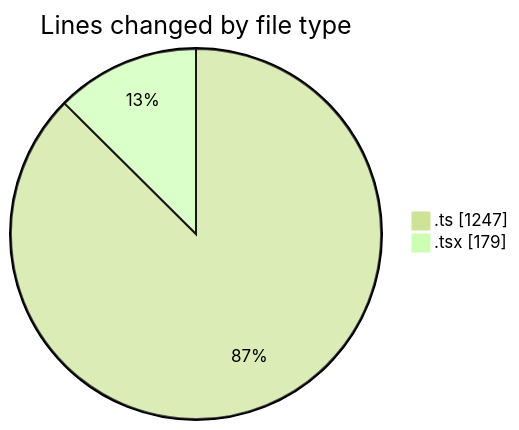
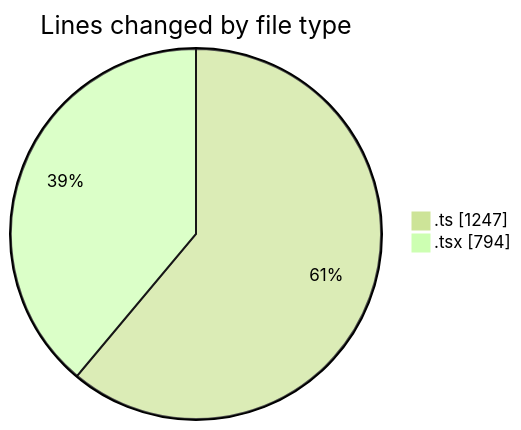
Before and after one commit to JenPaints/code-tracking: the first of 2 diagrams in 2025-06-22/archive/README.md, drawn with Mermaid (forest theme). The commit also changed other lines of this file and 1 other file, not shown here.

````diff
--- a/2025-06-22/archive/README.md
+++ b/2025-06-22/archive/README.md
@@ -24,6 +24,6 @@
 ```mermaid
 pie showData
 title Lines changed by file type
 ".ts" : 1247
-".tsx" : 179
+".tsx" : 794
 ```
````
